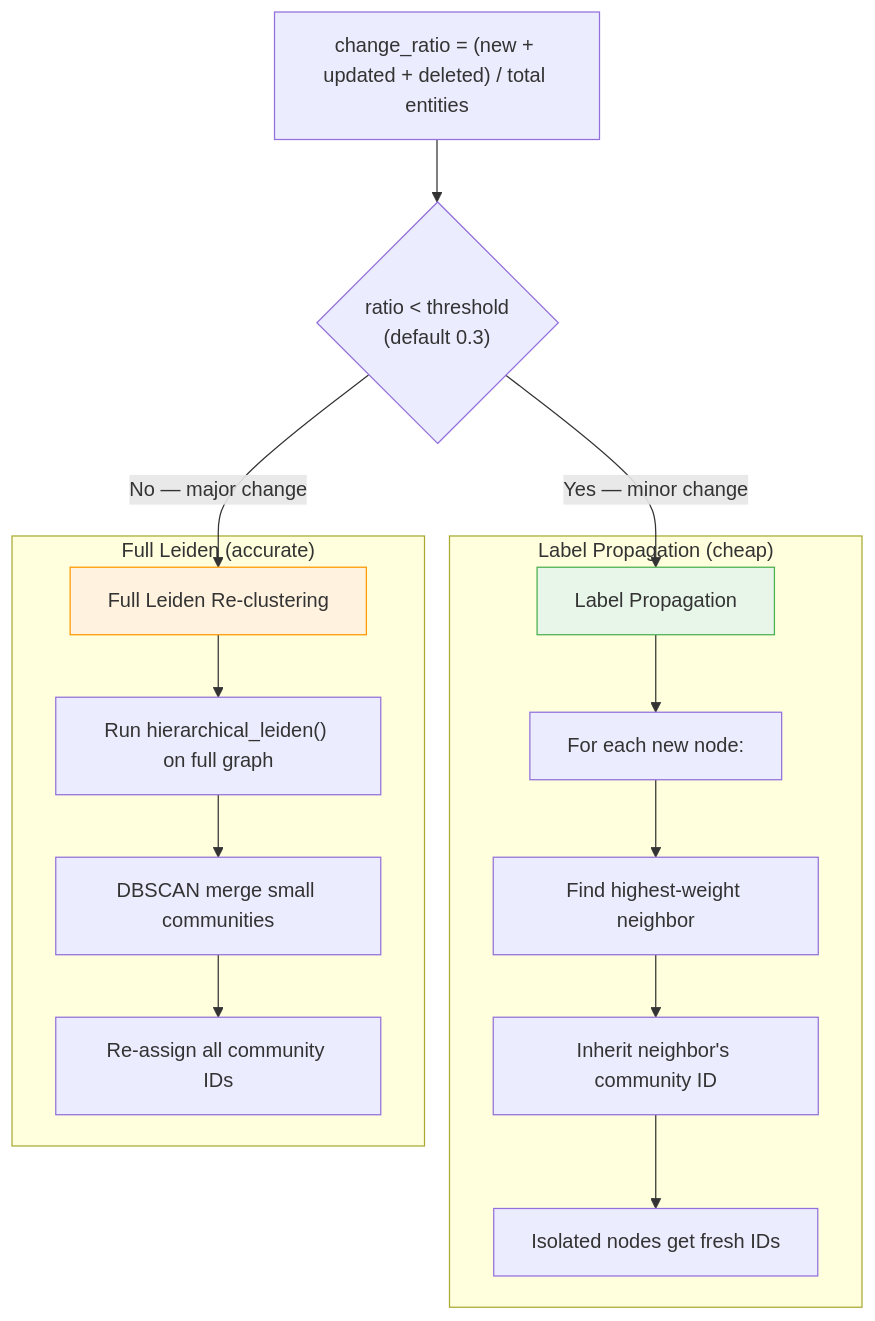
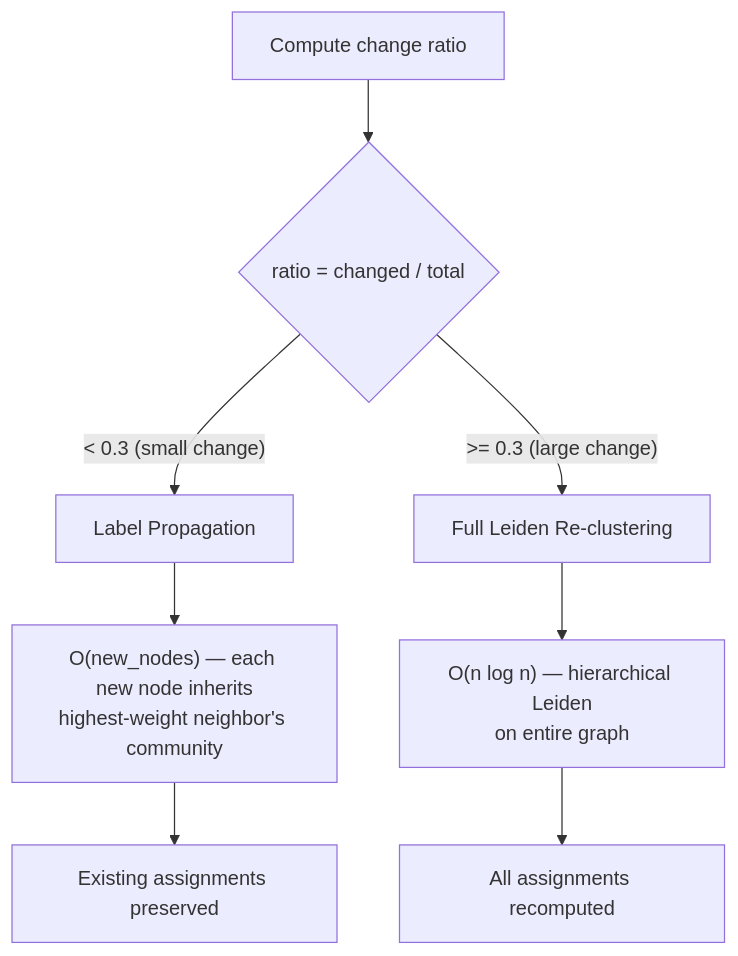
Before and after one commit to CAMARA-CHILENA-INTELIGENCIA-ARTIFICIAL/GRAIL: the sixth of 8 diagrams in docs/incremental_pipeline.md, drawn with Mermaid. The commit also changed other lines of this file, not shown here.

````diff
--- a/docs/incremental_pipeline.md
+++ b/docs/incremental_pipeline.md
@@ -416,26 +290,12 @@
 ```mermaid
-flowchart TD
-    CALC["change_ratio = (new + updated + deleted) / total entities"]
+graph TD
+    A[Compute change ratio] --> B{"ratio = changed / total"}
+    B -->|"< 0.3 (small change)"| C[Label Propagation]
+    B -->|">= 0.3 (large change)"| D[Full Leiden Re-clustering]
 
-    CALC --> CHECK{"ratio < threshold
-    (default 0.3)"}
+    C --> E["O(new_nodes) — each new node inherits\nhighest-weight neighbor's community"]
+    D --> F["O(n log n) — hierarchical Leiden\non entire graph"]
 
-    CHECK -- "Yes — minor change" --> LP["Label Propagation"]
-    CHECK -- "No — major change" --> LEIDEN["Full Leiden Re-clustering"]
-
-    subgraph lpdetail["Label Propagation (cheap)"]
-        LP --> LP1["For each new node:"]
-        LP1 --> LP2["Find highest-weight neighbor"]
-        LP2 --> LP3["Inherit neighbor's community ID"]
-        LP3 --> LP4["Isolated nodes get fresh IDs"]
-    end
-
-    subgraph leidendetail["Full Leiden (accurate)"]
-        LEIDEN --> LE1["Run hierarchical_leiden() on full graph"]
-        LE1 --> LE2["DBSCAN merge small communities"]
-        LE2 --> LE3["Re-assign all community IDs"]
-    end
-
-    style LP fill:#e8f5e9,stroke:#4caf50
-    style LEIDEN fill:#fff3e0,stroke:#ff9800
+    E --> G[Existing assignments preserved]
+    F --> H[All assignments recomputed]
 ```
````
